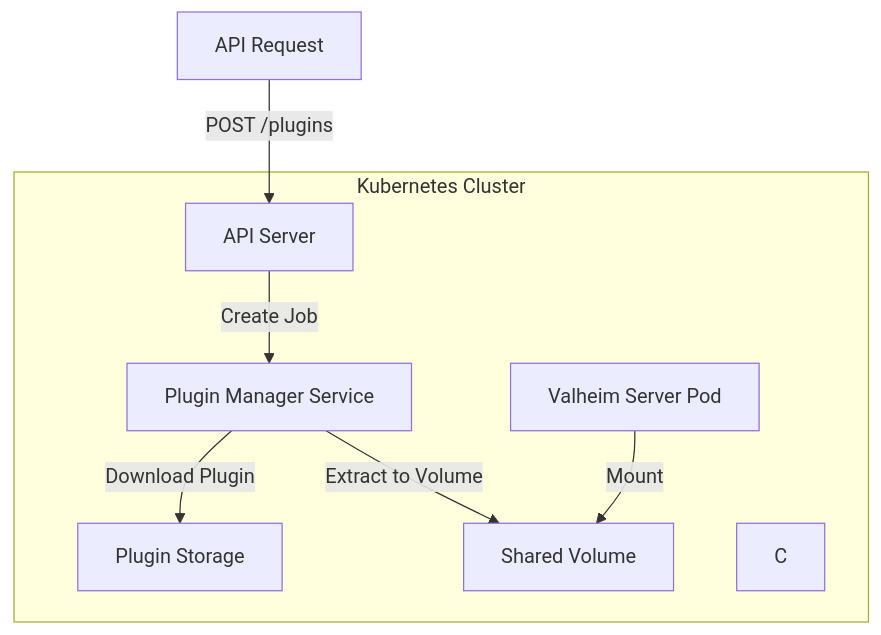
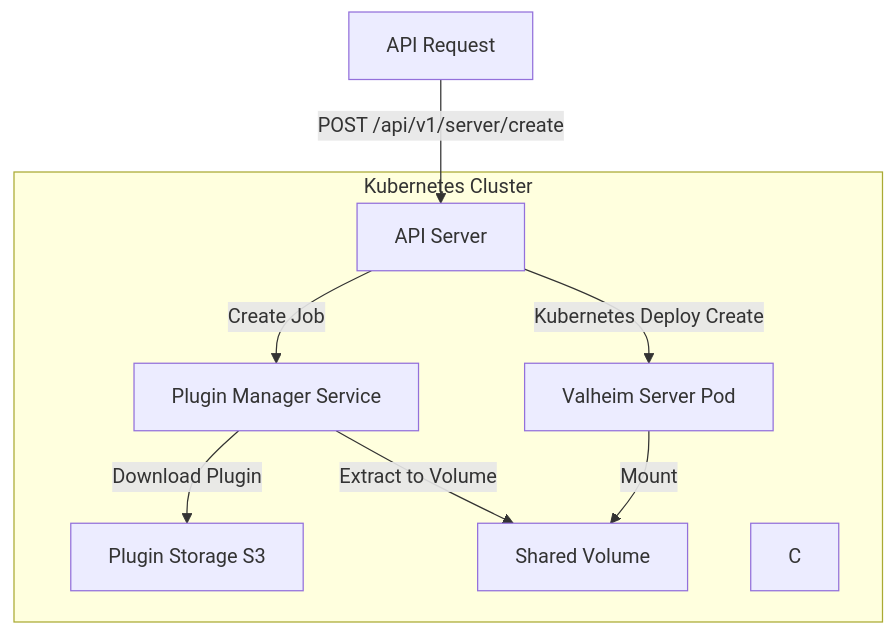
Before and after one commit to cbartram/hearthhub-kube-api: the first of 2 diagrams in README.md, drawn with Mermaid. The commit also changed other lines of this file and 3 other files, not shown here.

````diff
--- a/README.md
+++ b/README.md
@@ -14,17 +14,18 @@
 ```mermaid
 flowchart TD
-    A[API Request] -->|POST /plugins| B[API Server]
+    A[API Request] -->|POST /api/v1/server/create| B[API Server]
     B -->|Create Job| D[Plugin Manager Service]
-    D -->|Download Plugin| E[Plugin Storage]
+    B -->|Kubernetes Deploy Create| G[Valheim Server Pod]
+    D -->|Download Plugin| E[Plugin Storage S3]
     D -->|Extract to Volume| F[Shared Volume]
     G[Valheim Server Pod] -->|Mount| F
     
     subgraph Kubernetes Cluster
         B
         C
         D
         E
         F
         G
     end
 ```
````
